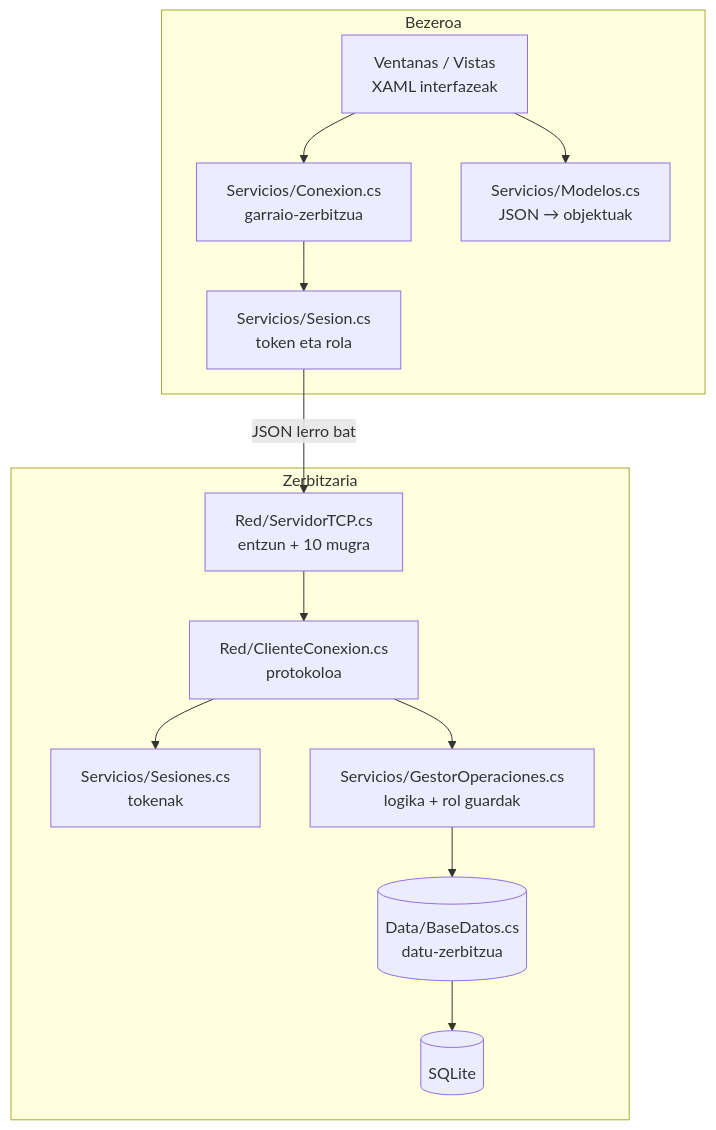
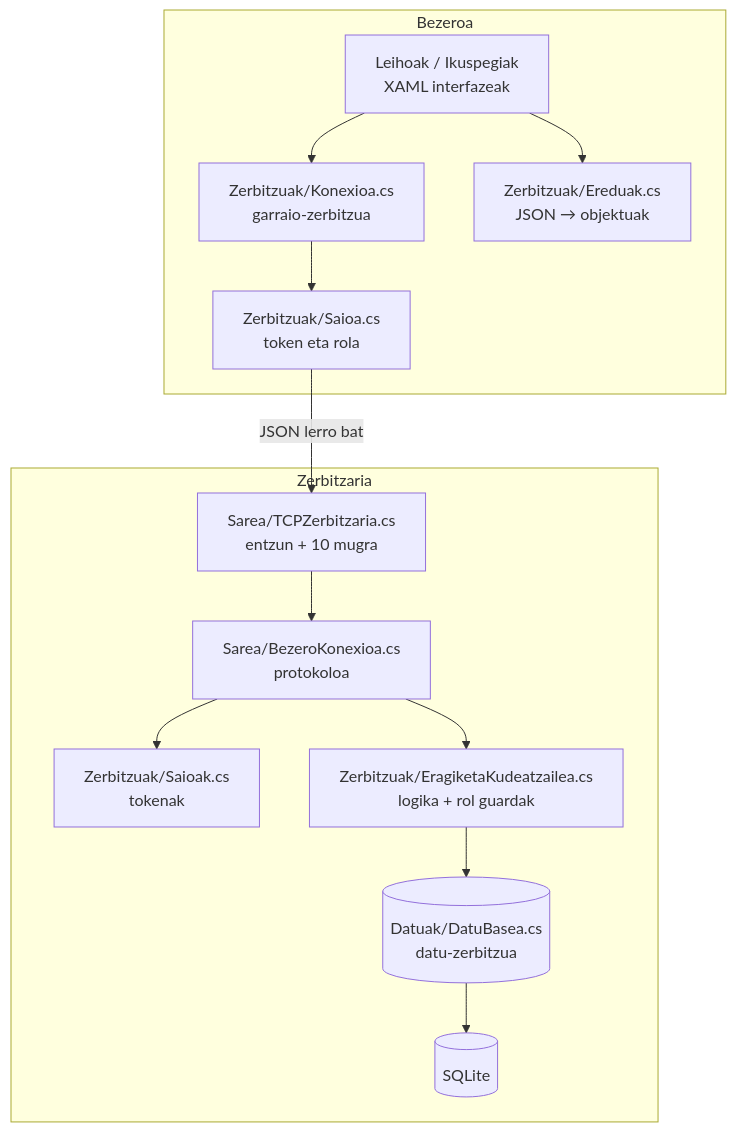
One commit to aloinazeguia/Soziedadea changed the second of 4 diagrams in AppTpv/docs/AURKEZPENA_ZERBITZUAK_PROZESUAK_HARIAK_SOCKETAK.md. Above: the diagram before and after it, drawn with Mermaid. The commit also changed other lines of this file and 70 other files, not shown here.

````diff
--- a/AppTpv/docs/AURKEZPENA_ZERBITZUAK_PROZESUAK_HARIAK_SOCKETAK.md
+++ b/AppTpv/docs/AURKEZPENA_ZERBITZUAK_PROZESUAK_HARIAK_SOCKETAK.md
@@ -66,16 +66,16 @@
 ```mermaid
 flowchart TB
     subgraph Bezeroa
-      A[Ventanas / Vistas<br/>XAML interfazeak] --> B[Servicios/Conexion.cs<br/>garraio-zerbitzua]
-      B --> C[Servicios/Sesion.cs<br/>token eta rola]
-      A --> D[Servicios/Modelos.cs<br/>JSON → objektuak]
+      A[Leihoak / Ikuspegiak<br/>XAML interfazeak] --> B[Zerbitzuak/Konexioa.cs<br/>garraio-zerbitzua]
+      B --> C[Zerbitzuak/Saioa.cs<br/>token eta rola]
+      A --> D[Zerbitzuak/Ereduak.cs<br/>JSON → objektuak]
     end
     C -- "JSON lerro bat" --> E
     subgraph Zerbitzaria
-      E[Red/ServidorTCP.cs<br/>entzun + 10 mugra] --> F[Red/ClienteConexion.cs<br/>protokoloa]
-      F --> G[Servicios/Sesiones.cs<br/>tokenak]
-      F --> H[Servicios/GestorOperaciones.cs<br/>logika + rol guardak]
-      H --> I[(Data/BaseDatos.cs<br/>datu-zerbitzua)]
+      E[Sarea/TCPZerbitzaria.cs<br/>entzun + 10 mugra] --> F[Sarea/BezeroKonexioa.cs<br/>protokoloa]
+      F --> G[Zerbitzuak/Saioak.cs<br/>tokenak]
+      F --> H[Zerbitzuak/EragiketaKudeatzailea.cs<br/>logika + rol guardak]
+      H --> I[(Datuak/DatuBasea.cs<br/>datu-zerbitzua)]
       I --> J[(SQLite)]
     end
 ```
````
